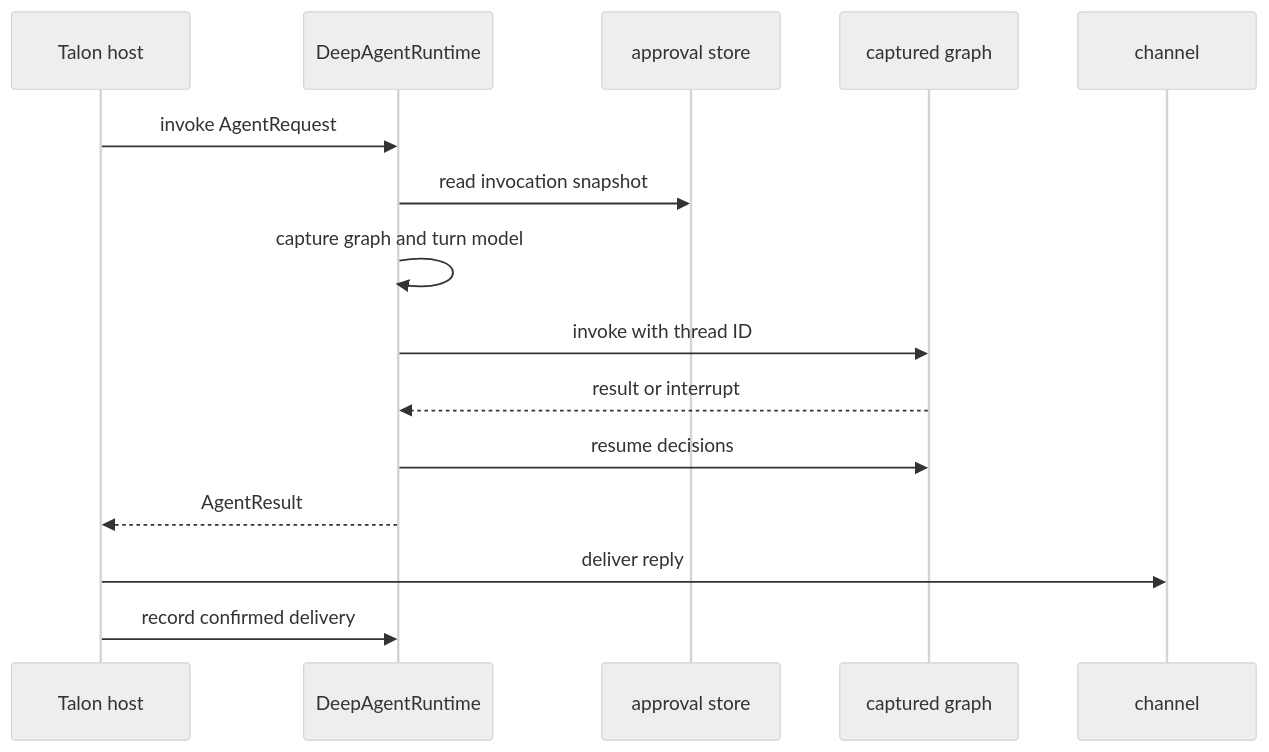
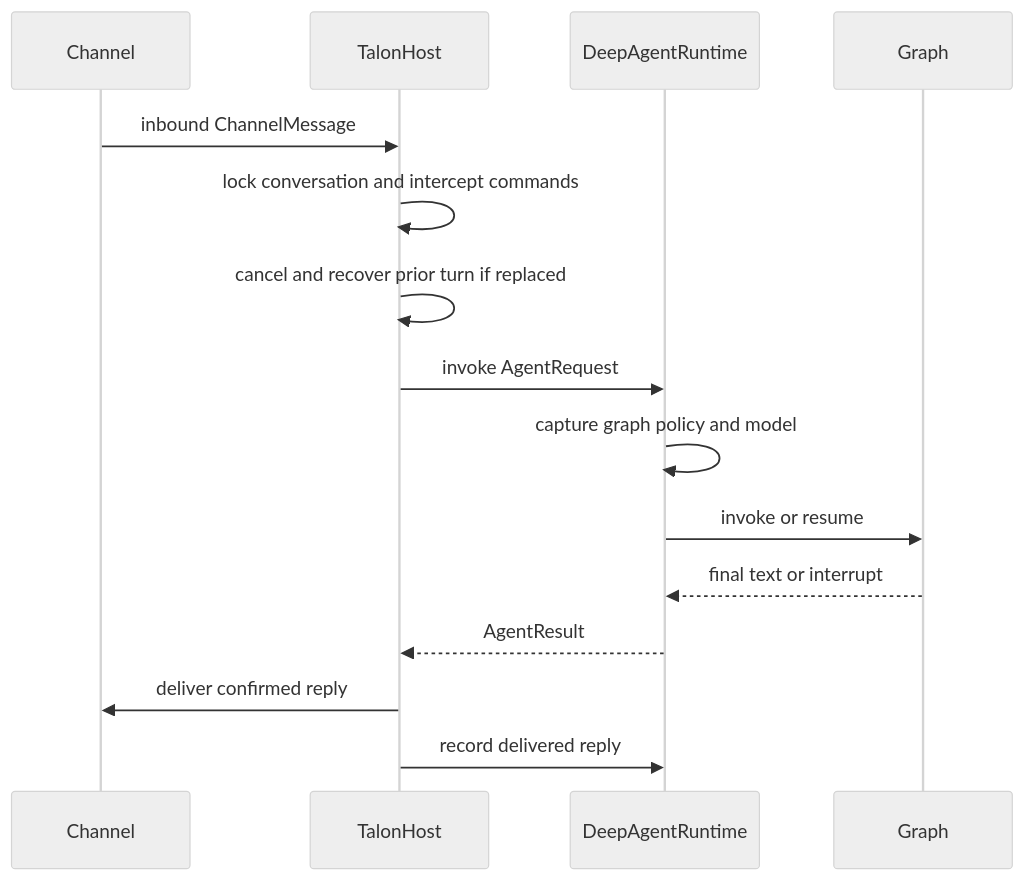
The first of 2 diagrams in openwiki/architecture/runtime-behavior.md (langchain-ai/deepagents), drawn with Mermaid (neutral theme) before and after one commit. The commit also changed other lines of this file and 41 other files, not shown here.

````diff
--- a/openwiki/architecture/runtime-behavior.md
+++ b/openwiki/architecture/runtime-behavior.md
@@ -57,17 +55,17 @@
 ```mermaid
 sequenceDiagram
-    participant Host as Talon host
+    participant Channel
+    participant Host as TalonHost
     participant Runtime as DeepAgentRuntime
-    participant Policy as approval store
-    participant Graph as captured graph
-    participant Channel as channel
+    participant Graph
+    Channel->>Host: inbound ChannelMessage
+    Host->>Host: lock conversation and intercept commands
+    Host->>Host: cancel and recover prior turn if replaced
     Host->>Runtime: invoke AgentRequest
-    Runtime->>Policy: read invocation snapshot
-    Runtime->>Runtime: capture graph and turn model
-    Runtime->>Graph: invoke with thread ID
-    Graph-->>Runtime: result or interrupt
-    Runtime->>Graph: resume decisions
+    Runtime->>Runtime: capture graph policy and model
+    Runtime->>Graph: invoke or resume
+    Graph-->>Runtime: final text or interrupt
     Runtime-->>Host: AgentResult
-    Host->>Channel: deliver reply
-    Host->>Runtime: record confirmed delivery
+    Host->>Channel: deliver confirmed reply
+    Host->>Runtime: record delivered reply
 ```
````
